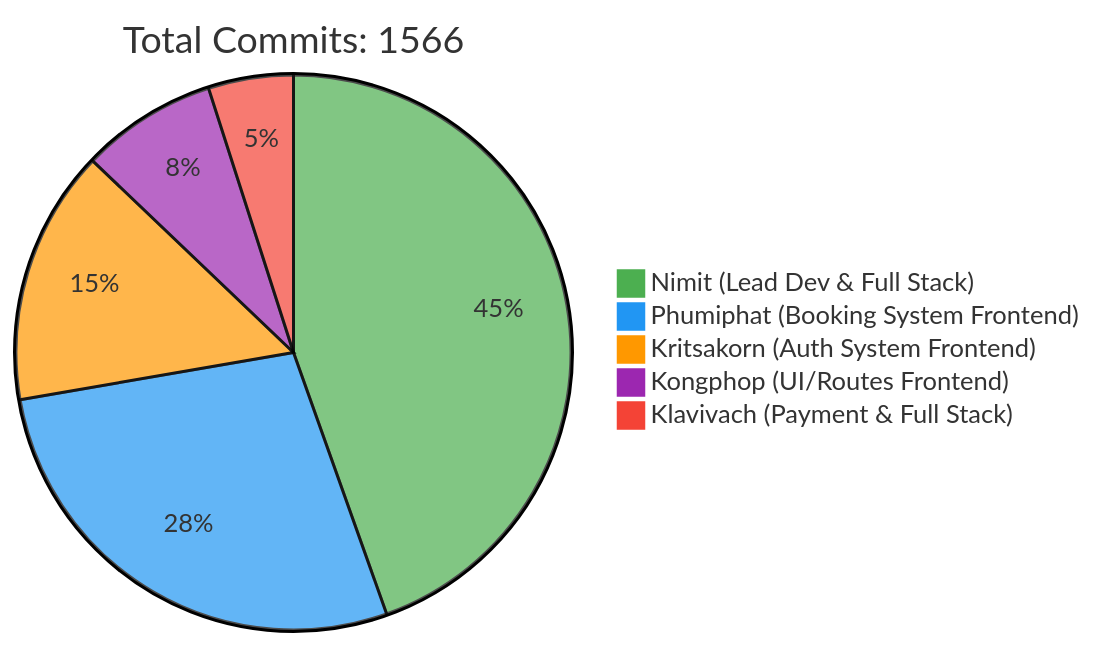
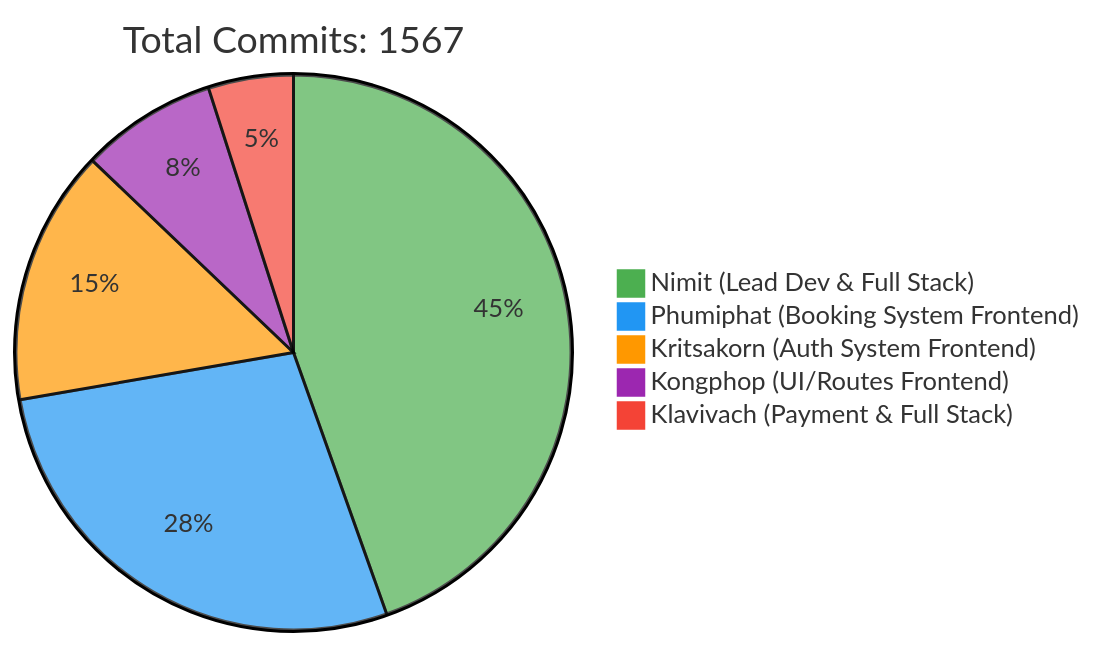
Before and after one commit to 6531503042/Sport-Complex: the first of 2 diagrams in README.md, drawn with Mermaid. The commit also changed other lines of this file, not shown here.

Commit message:
docs: Update contributor statistics [skip ci]

````diff
--- a/README.md
+++ b/README.md
@@ -257,10 +257,10 @@
 ```mermaid
 %%{init: {'theme': 'base', 'themeVariables': { 'pie1': '#4CAF50', 'pie2': '#2196F3', 'pie3': '#FF9800', 'pie4': '#9C27B0', 'pie5': '#F44336'}}}%%
 pie
-    title Total Commits: 1566
+    title Total Commits: 1567
     "Nimit (Lead Dev & Full Stack)" : 450
     "Phumiphat (Booking System Frontend)" : 280
     "Kritsakorn (Auth System Frontend)" : 150
     "Kongphop (UI/Routes Frontend)" : 80
     "Klavivach (Payment & Full Stack)" : 50
 ```
````
